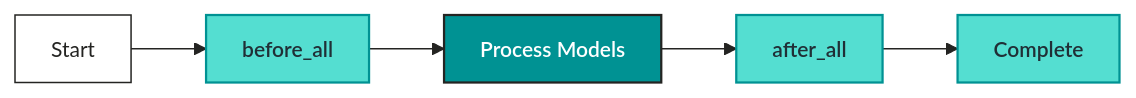
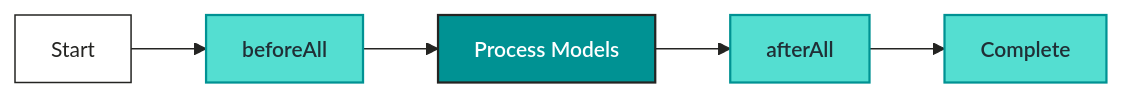
Before and after one commit to moderndatacompany/data-product-builder-skills: the diagram in dpbs-docs/vulcan-book/configurations/options/execution_hooks.md, drawn with Mermaid. The commit also changed other lines of this file and 229 other files, not shown here.

````diff
--- a/dpbs-docs/vulcan-book/configurations/options/execution_hooks.md
+++ b/dpbs-docs/vulcan-book/configurations/options/execution_hooks.md
@@ -362,17 +368,17 @@
 ```mermaid
 %%{init: {"theme":"base","themeVariables":{"fontFamily":"PP Neue Montreal, Inter, Helvetica Neue, Arial, sans-serif","fontSize":"14px","primaryColor":"#EDE9E5","primaryTextColor":"#242422","primaryBorderColor":"#242422","lineColor":"#242422","secondaryColor":"#D6CDC6","tertiaryColor":"#FFFFFF","clusterBkg":"#EDE9E5","clusterBorder":"#54DED1","edgeLabelBackground":"#FFFFFF"},"flowchart":{"curve":"basis","padding":12,"nodeSpacing":40,"rankSpacing":50}}}%%
 graph LR
-    A[Start] --> B[before_all]
+    A[Start] --> B[beforeAll]
     B --> C[Process Models]
-    C --> D[after_all]
+    C --> D[afterAll]
     D --> E[Complete]
 
     classDef primary-teal fill:#54DED1,color:#202F36,stroke:#009293,stroke-width:1.5px,font-weight:600;
     classDef dark-teal    fill:#009293,color:#FFFFFF,stroke:#242422,stroke-width:1.5px,font-weight:600;
     classDef surface      fill:#FFFFFF,color:#242422,stroke:#242422,stroke-width:1px;
 
     class A surface;
     class B,D primary-teal;
     class C dark-teal;
     class E primary-teal;
 ```
````
